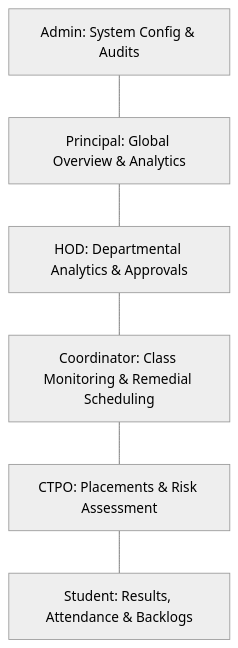
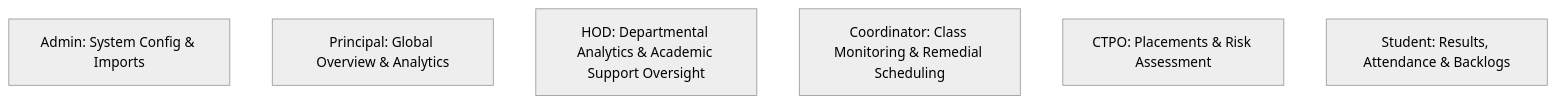
Before and after one commit to Ravi4348/Student-Academic-Management-System: the fifth of 11 diagrams in README.md, drawn with Mermaid (neutral theme). The commit also changed other lines of this file and 46 other files, not shown here.

````diff
--- a/README.md
+++ b/README.md
@@ -164,15 +193,9 @@
 ```mermaid
 flowchart TD
-    Admin["Admin: System Config & Audits"]
+    Admin["Admin: System Config & Imports"]
     Principal["Principal: Global Overview & Analytics"]
-    HOD["HOD: Departmental Analytics & Approvals"]
+    HOD["HOD: Departmental Analytics & Academic Support Oversight"]
     Coordinator["Coordinator: Class Monitoring & Remedial Scheduling"]
     CTPO["CTPO: Placements & Risk Assessment"]
     Student["Student: Results, Attendance & Backlogs"]
-
-    Admin --- Principal
-    Principal --- HOD
-    HOD --- Coordinator
-    Coordinator --- CTPO
-    CTPO --- Student
 ```
````
